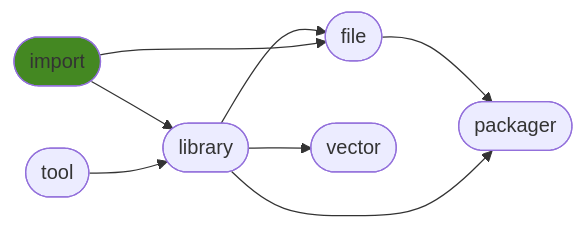
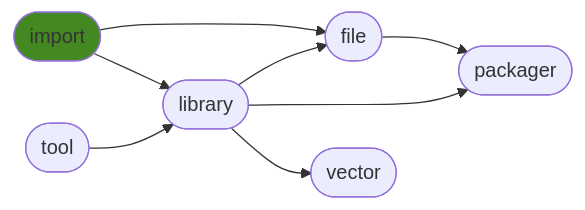
Before and after one commit to ManderaGeneral/generalimport: the diagram in README.md, drawn with Mermaid. The commit also changed other lines of this file, not shown here.

````diff
--- a/README.md
+++ b/README.md
@@ -28,17 +28,17 @@
 ```mermaid
 flowchart LR
-3([file]) --> 5([packager])
-0([import]) --> 2([library])
+0([import]) --> 3([file])
 2([library]) --> 3([file])
 2([library]) --> 5([packager])
+0([import]) --> 2([library])
+1([tool]) --> 2([library])
+3([file]) --> 5([packager])
 2([library]) --> 4([vector])
-0([import]) --> 3([file])
-1([tool]) --> 2([library])
 click 0 "https://github.com/ManderaGeneral/generalimport"
 click 1 "https://github.com/ManderaGeneral/generaltool"
 click 2 "https://github.com/ManderaGeneral/generallibrary"
 click 3 "https://github.com/ManderaGeneral/generalfile"
 click 4 "https://github.com/ManderaGeneral/generalvector"
 click 5 "https://github.com/ManderaGeneral/generalpackager"
 style 0 fill:#482
 ```
````
